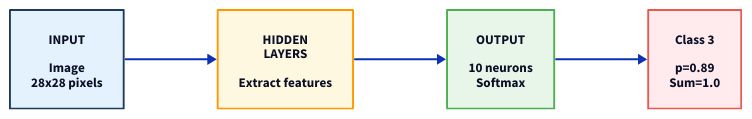
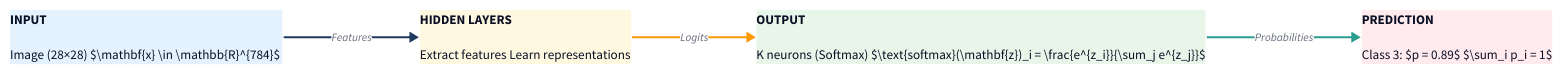
One commit to nipunbatra/principles-ai-teaching changed the diagram in ml-tasks/diagrams/nn_multiclass.d2. Above: the diagram before and after it, drawn with D2. The commit also changed 14 other files, not shown here.

First line of the commit message:
Add NN diagrams with actual nodes using matplotlib

```diff
--- a/ml-tasks/diagrams/nn_multiclass.d2
+++ b/ml-tasks/diagrams/nn_multiclass.d2
@@ -1,43 +1,83 @@
 # Neural Network for Multi-class Classification
 
 direction: right
 
+vars: {
+  primary: "#1e3a5f"
+  success: "#2a9d8f"
+  warning: "#FF9800"
+  accent: "#e85a4f"
+  fill-primary: "#E3F2FD"
+  fill-success: "#E8F5E9"
+  fill-warning: "#FFF8E1"
+  fill-accent: "#FFEBEE"
+}
+
 input: {
-  label: INPUT\n\nImage\n28x28 pixels
+  label: |md
+    **INPUT**
+
+    Image (28×28)
+    $\mathbf{x} \in \mathbb{R}^{784}$
+  |
   shape: rectangle
-  style.fill: "#E3F2FD"
-  style.stroke: "#1e3a5f"
+  style.fill: ${fill-primary}
+  style.stroke: ${primary}
   style.stroke-width: 2
   style.font-size: 14
 }
 
 hidden: {
-  label: HIDDEN\nLAYERS\n\nExtract features
+  label: |md
+    **HIDDEN LAYERS**
+
+    Extract features
+    Learn representations
+  |
   shape: rectangle
-  style.fill: "#FFF8E1"
-  style.stroke: "#FF9800"
+  style.fill: ${fill-warning}
+  style.stroke: ${warning}
   style.stroke-width: 2
   style.font-size: 14
 }
 
 output: {
-  label: OUTPUT\n\n10 neurons\nSoftmax
+  label: |md
+    **OUTPUT**
+
+    K neurons (Softmax)
+    $\text{softmax}(\mathbf{z})_i = \frac{e^{z_i}}{\sum_j e^{z_j}}$
+  |
   shape: rectangle
-  style.fill: "#E8F5E9"
-  style.stroke: "#4CAF50"
+  style.fill: ${fill-success}
+  style.stroke: ${success}
   style.stroke-width: 2
   style.font-size: 14
 }
 
 result: {
-  label: Class 3\n\np=0.89\nSum=1.0
+  label: |md
+    **PREDICTION**
+
+    Class 3: $p = 0.89$
+    $\sum_i p_i = 1$
+  |
   shape: rectangle
-  style.fill: "#FFEBEE"
-  style.stroke: "#e85a4f"
+  style.fill: ${fill-accent}
+  style.stroke: ${accent}
   style.stroke-width: 2
   style.font-size: 14
 }
 
-input -> hidden
-hidden -> output
-output -> result
+input -> hidden: Features {
+  style.stroke: ${primary}
+  style.font-size: 12
+}
+hidden -> output: Logits {
+  style.stroke: ${warning}
+  style.font-size: 12
+}
+output -> result: Probabilities {
+  style.stroke: ${success}
+  style.font-size: 12
+}
```
